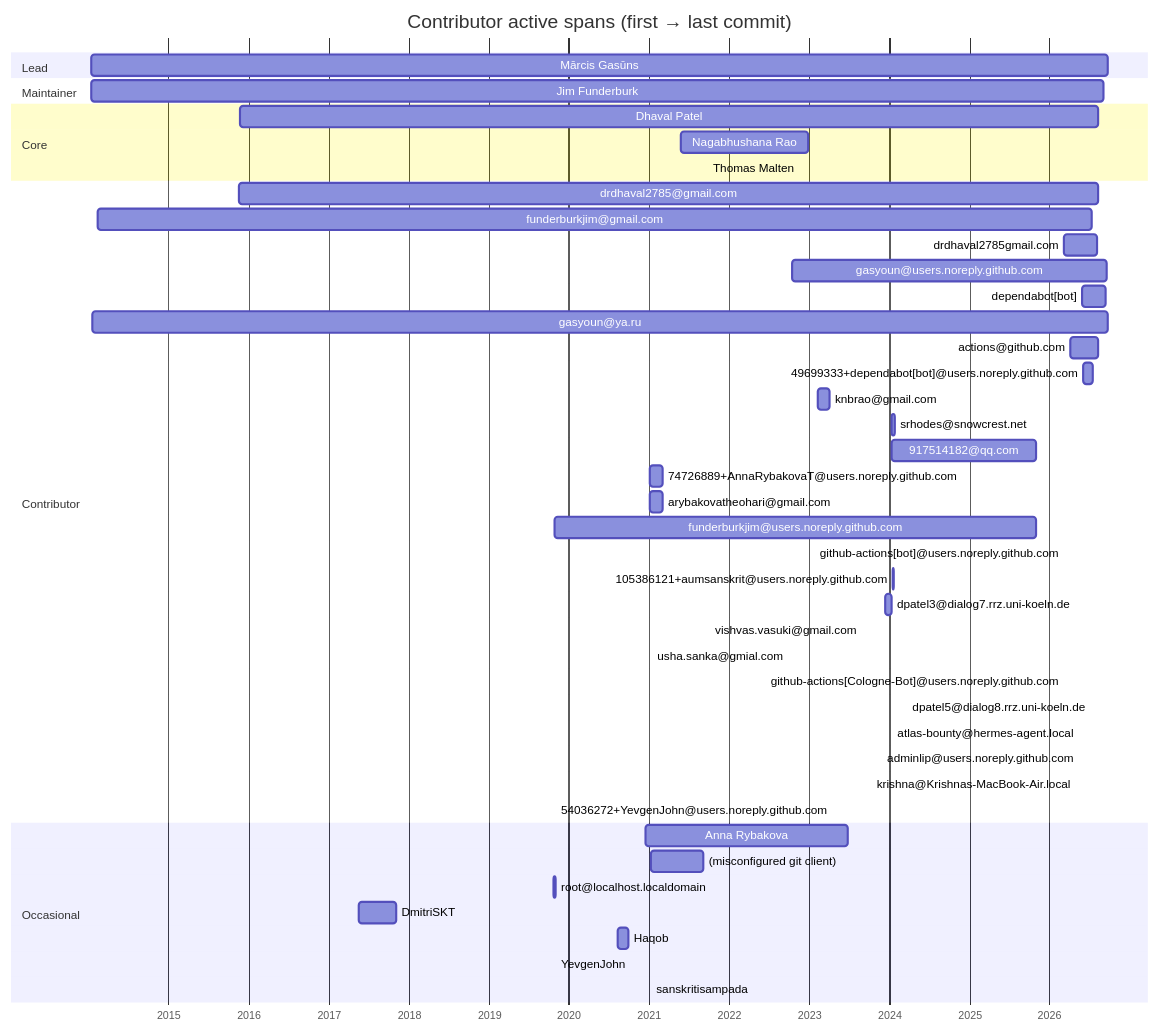
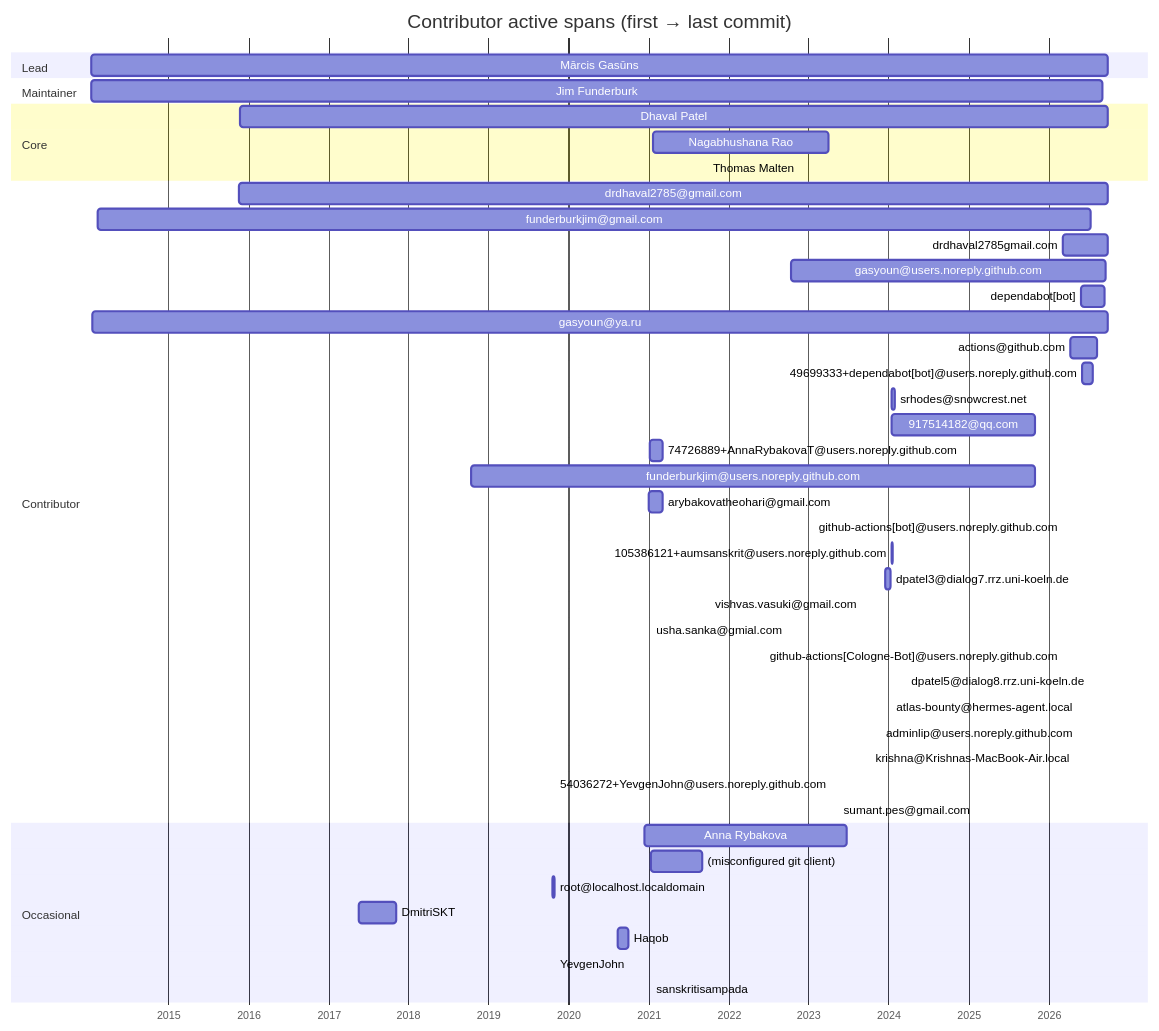
Before and after one commit to sanskrit-lexicon/csl-observatory: the diagram in reports/timeline.md, drawn with Mermaid. The commit also changed other lines of this file and 11 other files, not shown here.

````diff
--- a/reports/timeline.md
+++ b/reports/timeline.md
@@ -7,48 +7,48 @@
 ```mermaid
 gantt
     title Contributor active spans (first → last commit)
     dateFormat YYYY-MM-DD
     axisFormat %Y
     section Lead
-    Mārcis Gasūns :2014-01-14, 2026-09-24
+    Mārcis Gasūns :2014-01-14, 2026-09-28
     section Maintainer
     Jim Funderburk :2014-01-15, 2026-09-05
     section Core
-    Dhaval Patel :2015-11-24, 2026-08-11
-    Nagabhushana Rao :2021-05-28, 2022-12-26
+    Dhaval Patel :2015-11-24, 2026-09-26
+    Nagabhushana Rao :2021-01-23, 2023-04-03
     Thomas Malten :2021-09-26, 2021-09-26
     section Contributor
-    drdhaval2785@gmail.com :2015-11-19, 2026-08-13
+    drdhaval2785@gmail.com :2015-11-19, 2026-09-26
     funderburkjim@gmail.com :2014-02-12, 2026-07-14
-    drdhaval2785gmail.com :2026-03-09, 2026-08-04
+    drdhaval2785gmail.com :2026-03-09, 2026-09-26
     gasyoun@users.noreply.github.com :2022-10-15, 2026-09-20
     dependabot[bot] :2026-05-29, 2026-09-14
-    gasyoun@ya.ru :2014-01-21, 2026-09-24
+    gasyoun@ya.ru :2014-01-21, 2026-09-28
     actions@github.com :2026-04-08, 2026-08-09
     49699333+dependabot[bot]@users.noreply.github.com :2026-06-02, 2026-07-20
-    knbrao@gmail.com :2023-02-08, 2023-04-03
     srhodes@snowcrest.net :2024-01-14, 2024-01-28
     917514182@qq.com :2024-01-13, 2025-11-01
     74726889+AnnaRybakovaT@users.noreply.github.com :2021-01-06, 2021-03-06
+    funderburkjim@users.noreply.github.com :2018-10-16, 2025-11-01
     arybakovatheohari@gmail.com :2021-01-04, 2021-03-06
-    funderburkjim@users.noreply.github.com :2019-10-30, 2025-11-01
     github-actions[bot]@users.noreply.github.com :2026-03-07, 2026-03-09
     105386121+aumsanskrit@users.noreply.github.com :2024-01-16, 2024-01-20
     dpatel3@dialog7.rrz.uni-koeln.de :2023-12-15, 2024-01-12
     vishvas.vasuki@gmail.com :2021-10-05, 2021-10-07
     usha.sanka@gmial.com :2021-01-13, 2021-01-13
     github-actions[Cologne-Bot]@users.noreply.github.com :2026-03-09, 2026-03-09
     dpatel5@dialog8.rrz.uni-koeln.de :2026-07-07, 2026-07-07
     atlas-bounty@hermes-agent.local :2026-05-15, 2026-05-15
     adminlip@users.noreply.github.com :2026-05-15, 2026-05-15
     krishna@Krishnas-MacBook-Air.local :2023-10-12, 2023-10-12
     54036272+YevgenJohn@users.noreply.github.com :2019-10-31, 2019-10-31
+    sumant.pes@gmail.com :2023-05-14, 2023-05-14
     section Occasional
     Anna Rybakova :2020-12-15, 2023-06-25
     (misconfigured git client) :2021-01-09, 2021-09-03
     root@localhost.localdomain :2019-10-21, 2019-10-31
     DmitriSKT :2017-05-18, 2017-11-05
     Haqob :2020-08-11, 2020-09-30
     YevgenJohn :2019-10-31, 2019-10-31
     sanskritisampada :2021-01-10, 2021-01-10
 ```
````
